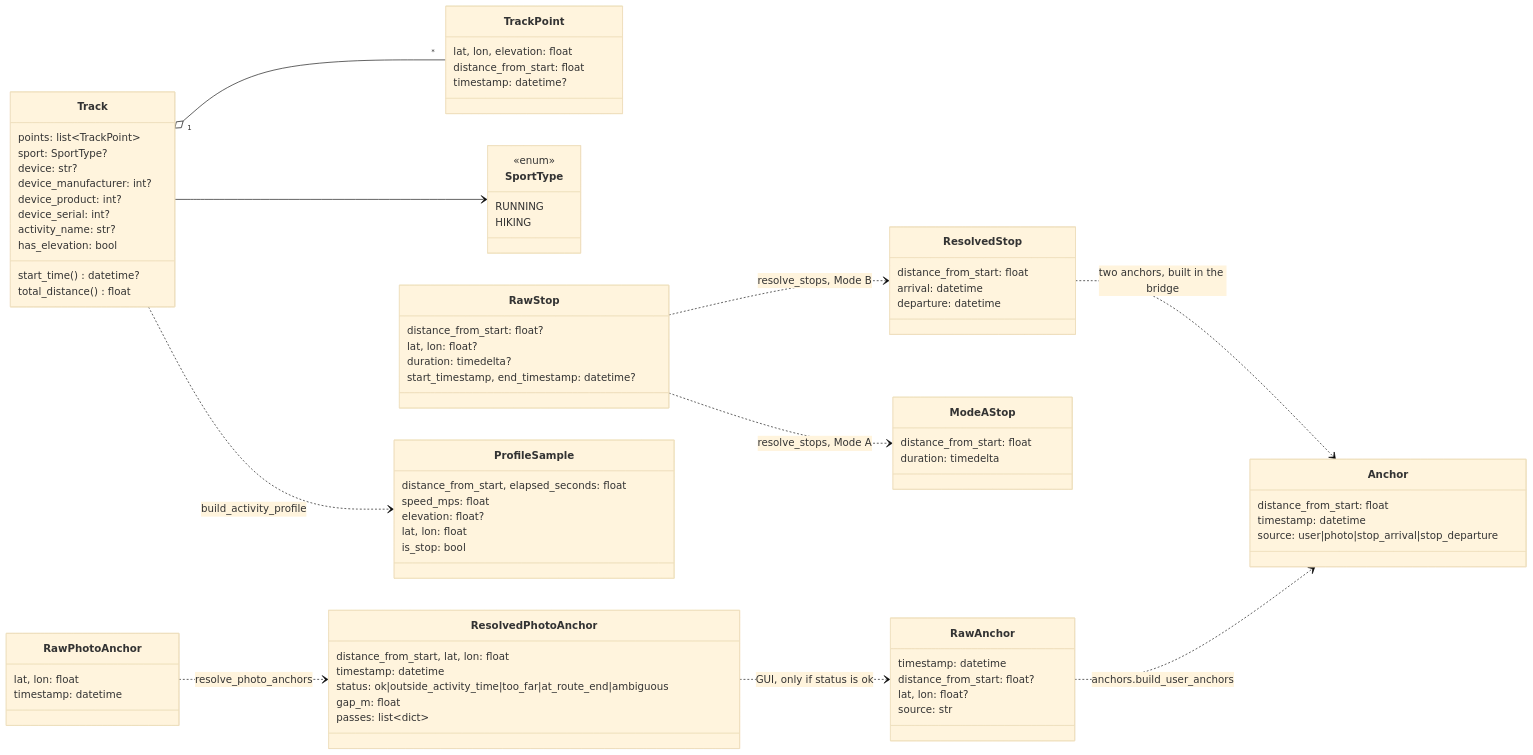
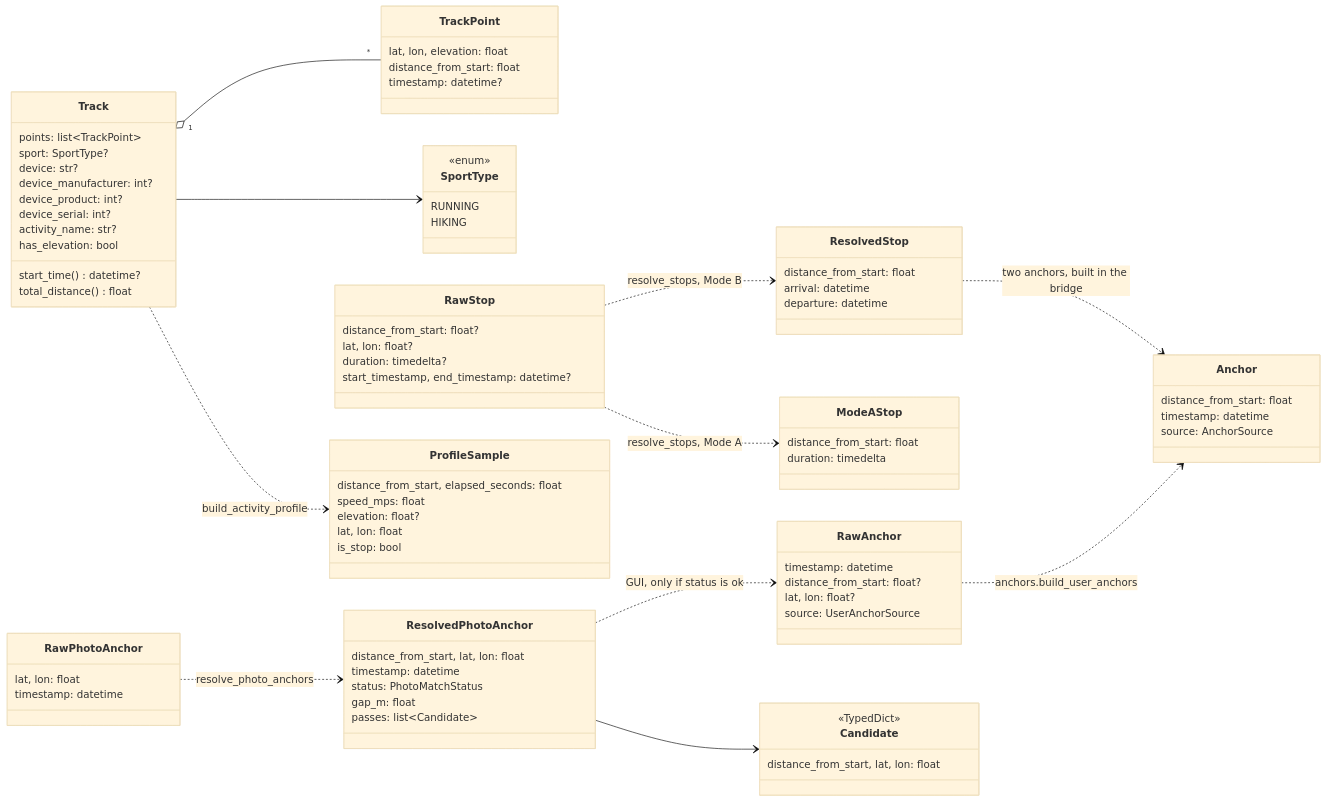
Before and after one commit to martin-iflap/GPX_to_FIT: the first of 11 diagrams in docs/CORE_ARCHITECTURE.md, drawn with Mermaid (base theme). The commit also changed other lines of this file and 9 other files, not shown here.

````diff
--- a/docs/CORE_ARCHITECTURE.md
+++ b/docs/CORE_ARCHITECTURE.md
@@ -50,13 +50,13 @@
   class Anchor {
     distance_from_start: float
     timestamp: datetime
-    source: user|photo|stop_arrival|stop_departure
+    source: AnchorSource
   }
   class RawAnchor {
     timestamp: datetime
     distance_from_start: float?
     lat, lon: float?
-    source: str
+    source: UserAnchorSource
   }
   class RawStop {
     distance_from_start: float?
@@ -80,9 +80,13 @@
   class ResolvedPhotoAnchor {
     distance_from_start, lat, lon: float
     timestamp: datetime
-    status: ok|outside_activity_time|too_far|at_route_end|ambiguous
+    status: PhotoMatchStatus
     gap_m: float
-    passes: list~dict~
+    passes: list~Candidate~
+  }
+  class Candidate {
+    <<TypedDict>>
+    distance_from_start, lat, lon: float
   }
   class ProfileSample {
     distance_from_start, elapsed_seconds: float
@@ -100,5 +104,6 @@
   ResolvedStop ..> Anchor : two anchors, built in the bridge
   RawPhotoAnchor ..> ResolvedPhotoAnchor : resolve_photo_anchors
   ResolvedPhotoAnchor ..> RawAnchor : GUI, only if status is ok
+  ResolvedPhotoAnchor --> Candidate
   Track ..> ProfileSample : build_activity_profile
 ```
````
